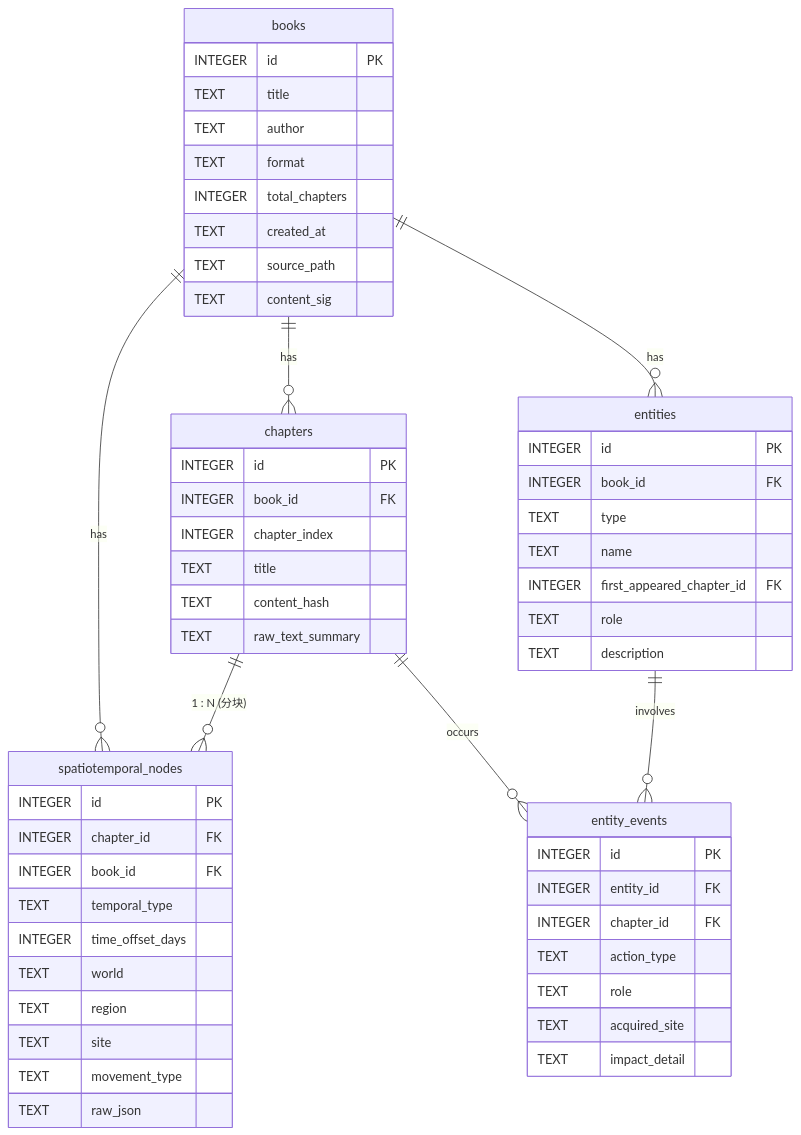
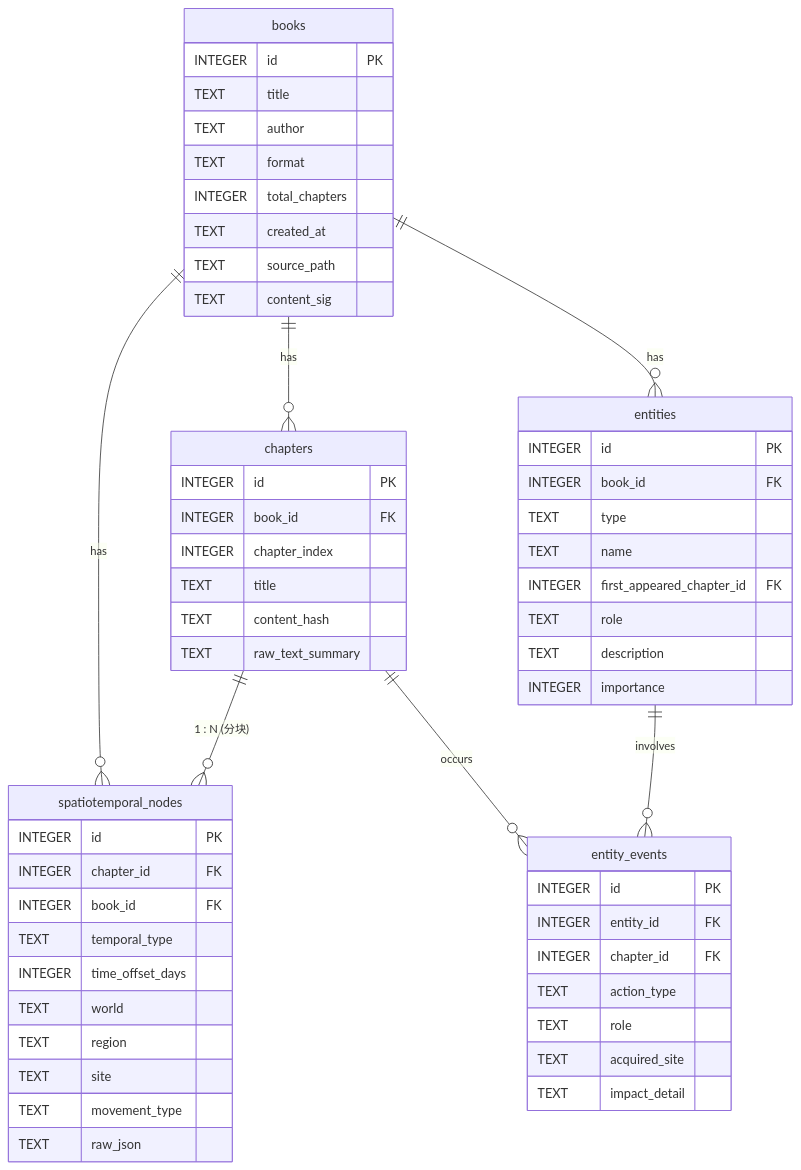
The fourth of 6 diagrams in design.md (yetian/novel_vis), drawn with Mermaid before and after one commit. The commit also changed other lines of this file and 16 other files, not shown here.

````diff
--- a/design.md
+++ b/design.md
@@ -131,58 +131,59 @@
 ```mermaid
 erDiagram
   books ||--o{ chapters : has
   books ||--o{ spatiotemporal_nodes : has
   books ||--o{ entities : has
   chapters ||--o{ spatiotemporal_nodes : "1 : N (分块)"
   chapters ||--o{ entity_events : occurs
   entities ||--o{ entity_events : involves
 
   books {
     INTEGER id PK
     TEXT title
     TEXT author
     TEXT format
     INTEGER total_chapters
     TEXT created_at
     TEXT source_path
     TEXT content_sig
   }
   chapters {
     INTEGER id PK
     INTEGER book_id FK
     INTEGER chapter_index
     TEXT title
     TEXT content_hash
     TEXT raw_text_summary
   }
   spatiotemporal_nodes {
     INTEGER id PK
     INTEGER chapter_id FK
     INTEGER book_id FK
     TEXT temporal_type
     INTEGER time_offset_days
     TEXT world
     TEXT region
     TEXT site
     TEXT movement_type
     TEXT raw_json
   }
   entities {
     INTEGER id PK
     INTEGER book_id FK
     TEXT type
     TEXT name
     INTEGER first_appeared_chapter_id FK
     TEXT role
     TEXT description
+    INTEGER importance
   }
   entity_events {
     INTEGER id PK
     INTEGER entity_id FK
     INTEGER chapter_id FK
     TEXT action_type
     TEXT role
     TEXT acquired_site
     TEXT impact_detail
   }
 ```
````
